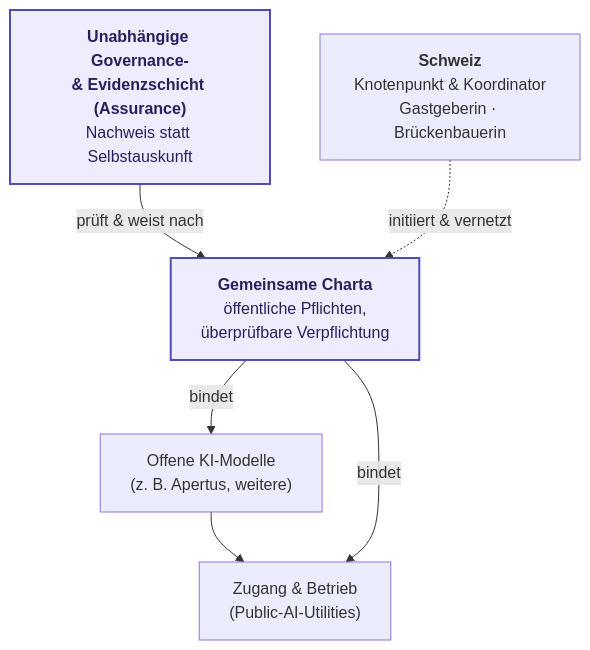
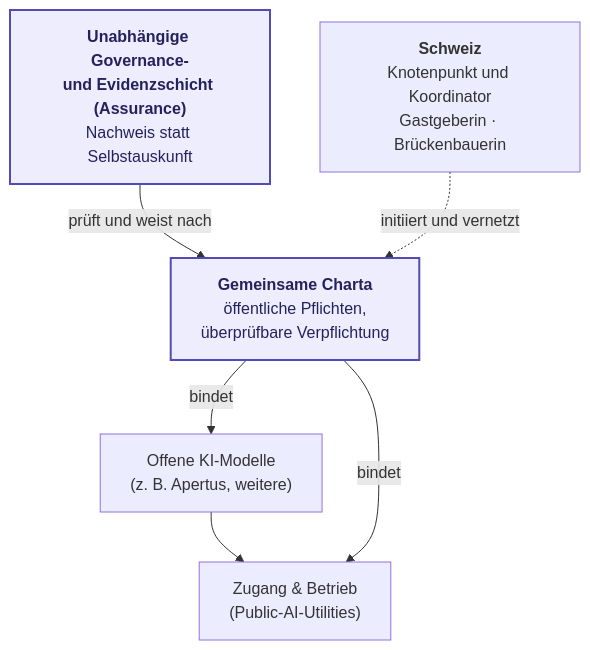
Before and after one commit to robertschaub/our-ai-charter: the diagram in docs/Outreach/impulsprogramm-sprint-praesentation.de.md, drawn with Mermaid.

Commit message:
fix(outreach): avoid ampersands in sprint-presentation mermaid labels

````diff
--- a/docs/Outreach/impulsprogramm-sprint-praesentation.de.md
+++ b/docs/Outreach/impulsprogramm-sprint-praesentation.de.md
@@ -31,17 +31,17 @@
 ```mermaid
 flowchart TB
   M["Offene KI-Modelle<br/>(z. B. Apertus, weitere)"]
   A["Zugang & Betrieb<br/>(Public-AI-Utilities)"]
   C["<b>Gemeinsame Charta</b><br/>öffentliche Pflichten,<br/>überprüfbare Verpflichtung"]
-  E["<b>Unabhängige Governance-<br/>&amp; Evidenzschicht (Assurance)</b><br/>Nachweis statt Selbstauskunft"]
-  CH["<b>Schweiz</b><br/>Knotenpunkt &amp; Koordinator<br/>Gastgeberin · Brückenbauerin"]
+  E["<b>Unabhängige Governance-<br/>und Evidenzschicht (Assurance)</b><br/>Nachweis statt Selbstauskunft"]
+  CH["<b>Schweiz</b><br/>Knotenpunkt und Koordinator<br/>Gastgeberin · Brückenbauerin"]
 
   M --> A
   C -->|bindet| M
   C -->|bindet| A
-  E -->|prüft &amp; weist nach| C
-  CH -.->|initiiert &amp; vernetzt| C
+  E -->|prüft und weist nach| C
+  CH -.->|initiiert und vernetzt| C
 
   classDef hl fill:#EEEDFE,stroke:#534AB7,stroke-width:2px,color:#26215C;
   class C,E hl;
 ```
````
